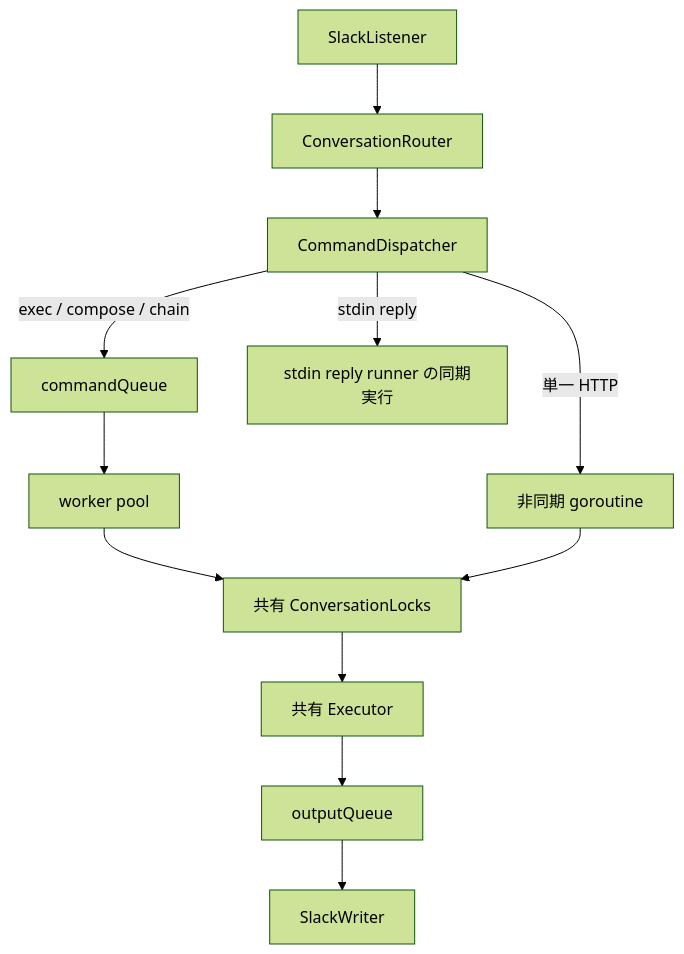
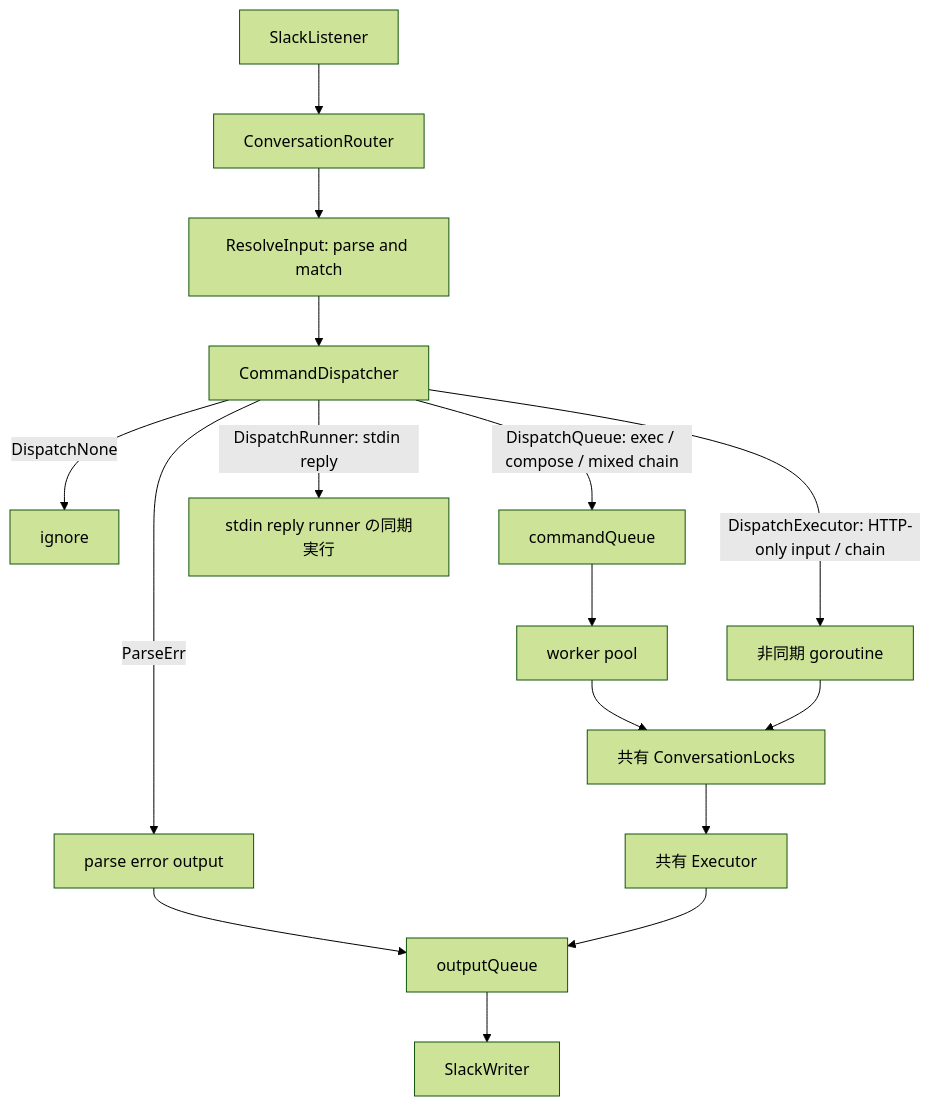
The diagram in docs/internal.md (hnw/slack-commander), drawn with Mermaid (forest theme) before and after one commit. The commit also changed other lines of this file and 18 other files, not shown here.

First line of the commit message:
feat(dispatch): command chainの実行経路とparse error処理を整理する

````diff
--- a/docs/internal.md
+++ b/docs/internal.md
@@ -5,14 +5,18 @@
 ```mermaid
 flowchart TD
     listener[SlackListener] --> router[ConversationRouter]
-    router --> dispatcher[CommandDispatcher]
-    dispatcher -->|exec / compose / chain| queue[commandQueue]
+    router --> resolve[ResolveInput: parse and match]
+    resolve --> dispatcher[CommandDispatcher]
+    dispatcher -->|ParseErr| parseOutput[parse error output]
+    parseOutput --> output[outputQueue]
+    dispatcher -->|DispatchNone| ignored[ignore]
+    dispatcher -->|DispatchQueue: exec / compose / mixed chain| queue[commandQueue]
     queue --> workers[worker pool]
     workers --> locks[共有 ConversationLocks]
-    dispatcher -->|単一 HTTP| async[非同期 goroutine]
+    dispatcher -->|DispatchExecutor: HTTP-only input / chain| async[非同期 goroutine]
     async --> locks
     locks --> executor[共有 Executor]
-    dispatcher -->|stdin reply| direct[stdin reply runner の同期実行]
+    dispatcher -->|DispatchRunner: stdin reply| direct[stdin reply runner の同期実行]
     executor --> output[outputQueue]
     output --> writer[SlackWriter]
 ```
````
